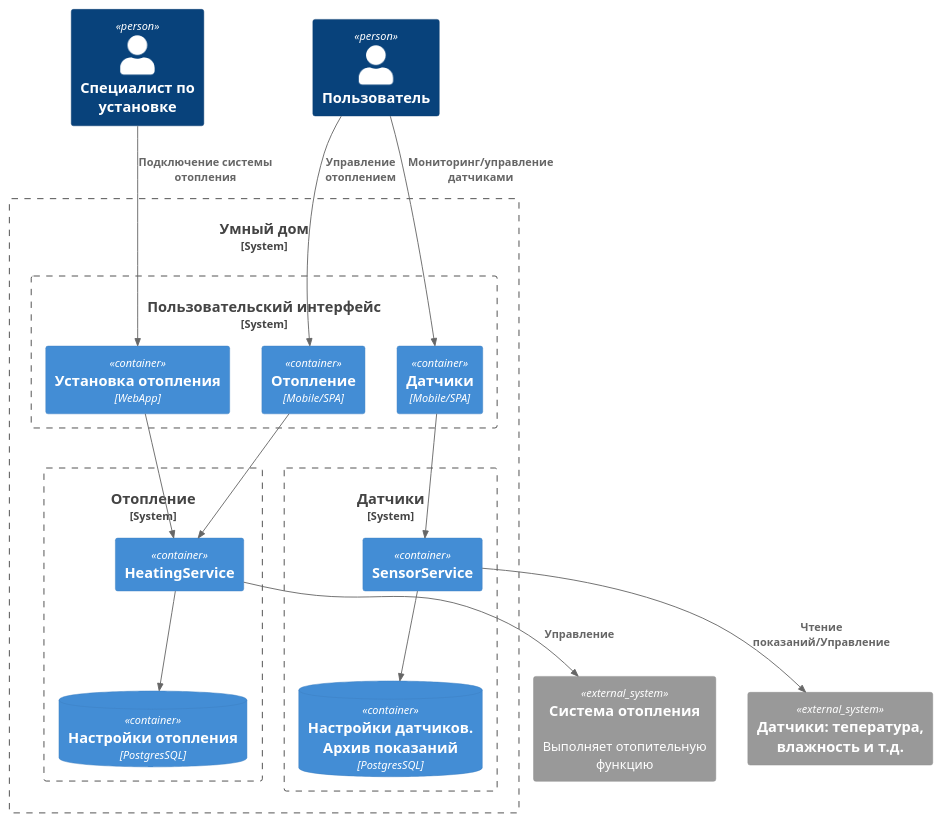
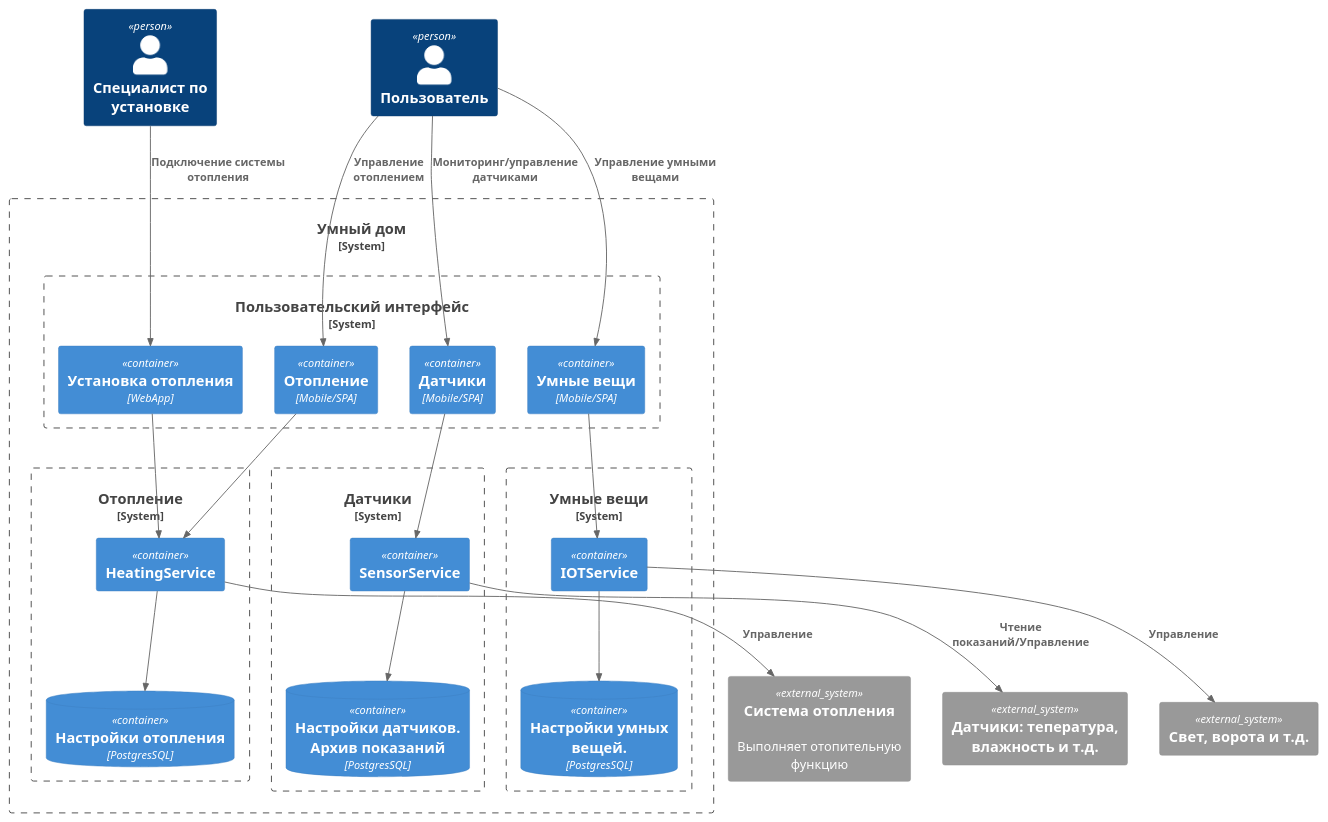
The diagram in schemas/TO-BE/container.puml (vladimir-kulgun/architecture-pro-warmhouse), drawn with PlantUML before and after one commit.

Commit message:
iot_service

```diff
--- a/schemas/TO-BE/container.puml
+++ b/schemas/TO-BE/container.puml
@@ -1,41 +1,54 @@
 @startuml
 !include https://raw.githubusercontent.com/plantuml-stdlib/C4-PlantUML/master/C4_Container.puml
 
 Person(engineer, "Специалист по установке")
 Person(user, "Пользователь")
 
 System_Boundary(smartHome, "Умный дом") {
 
   System_Boundary(front_end, "Пользовательский интерфейс") {
     Container(warm_house_fe, "Установка отопления", "WebApp")
     Container(heating_fe, "Отопление", "Mobile/SPA")
 
     Container(sensors_fe, "Датчики", "Mobile/SPA")
+    Container(iot_fe, "Умные вещи", "Mobile/SPA")
   }
   
   System_Boundary(heating_be, "Отопление") {
     Container(heating_service, "HeatingService", "")
     ContainerDb(heating_db, "Настройки отопления", "PostgresSQL")
   }
 
   System_Boundary(sensors_be, "Датчики") {
     Container(sensors_service, "SensorService", "")
     ContainerDb(sensors_db, "Настройки датчиков. Архив показаний", "PostgresSQL")
   }
+
+  System_Boundary(iot_be, "Умные вещи") {
+    Container(iot_service, "IOTService", "")
+    ContainerDb(iot_db, "Настройки умных вещей.", "PostgresSQL")
+  }
+
 }
 
 Rel(user, heating_fe, "Управление отоплением")
 Rel(engineer, warm_house_fe, "Подключение системы отопления")
 System_Ext(heating_system, "Система отопления", "Выполняет отопительную функцию")
 Rel(heating_fe, heating_service, "")
 Rel(warm_house_fe, heating_service, "")
 Rel(heating_service, heating_db, "")
 Rel(heating_service, heating_system, "Управление")
 
 Rel(user, sensors_fe, "Мониторинг/управление датчиками")
 System_Ext(sensors, "Датчики: тепература, влажность и т.д.", "")
 Rel(sensors_fe, sensors_service, "")
 Rel(sensors_service, sensors_db, "")
 Rel(sensors_service, sensors, "Чтение показаний/Управление")
 
+Rel(user, iot_fe, "Управление умными вещами")
+System_Ext(iot, "Свет, ворота и т.д.", "")
+Rel(iot_fe, iot_service, "")
+Rel(iot_service, iot_db, "")
+Rel(iot_service, iot, "Управление")
+
 @enduml
```
